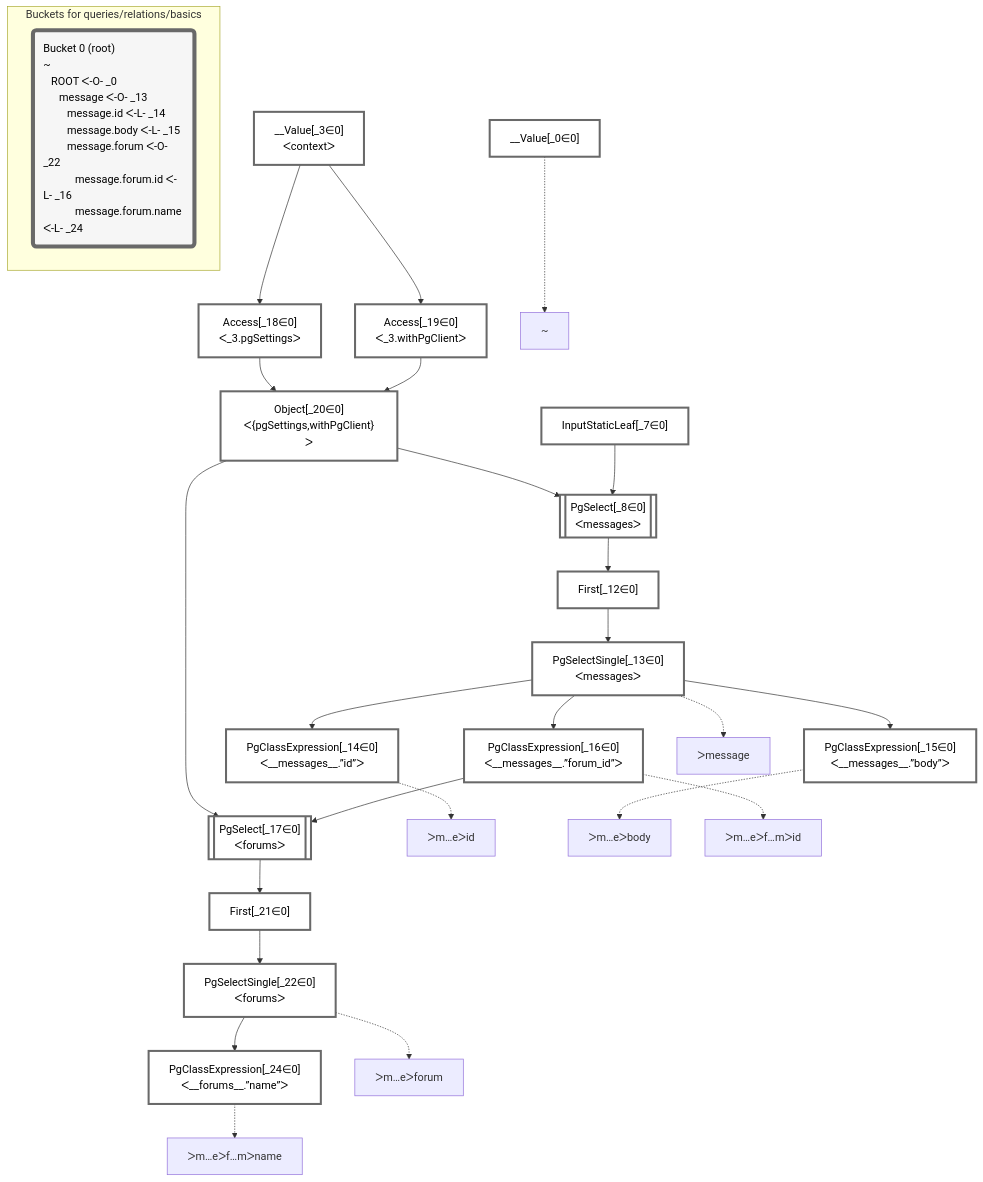
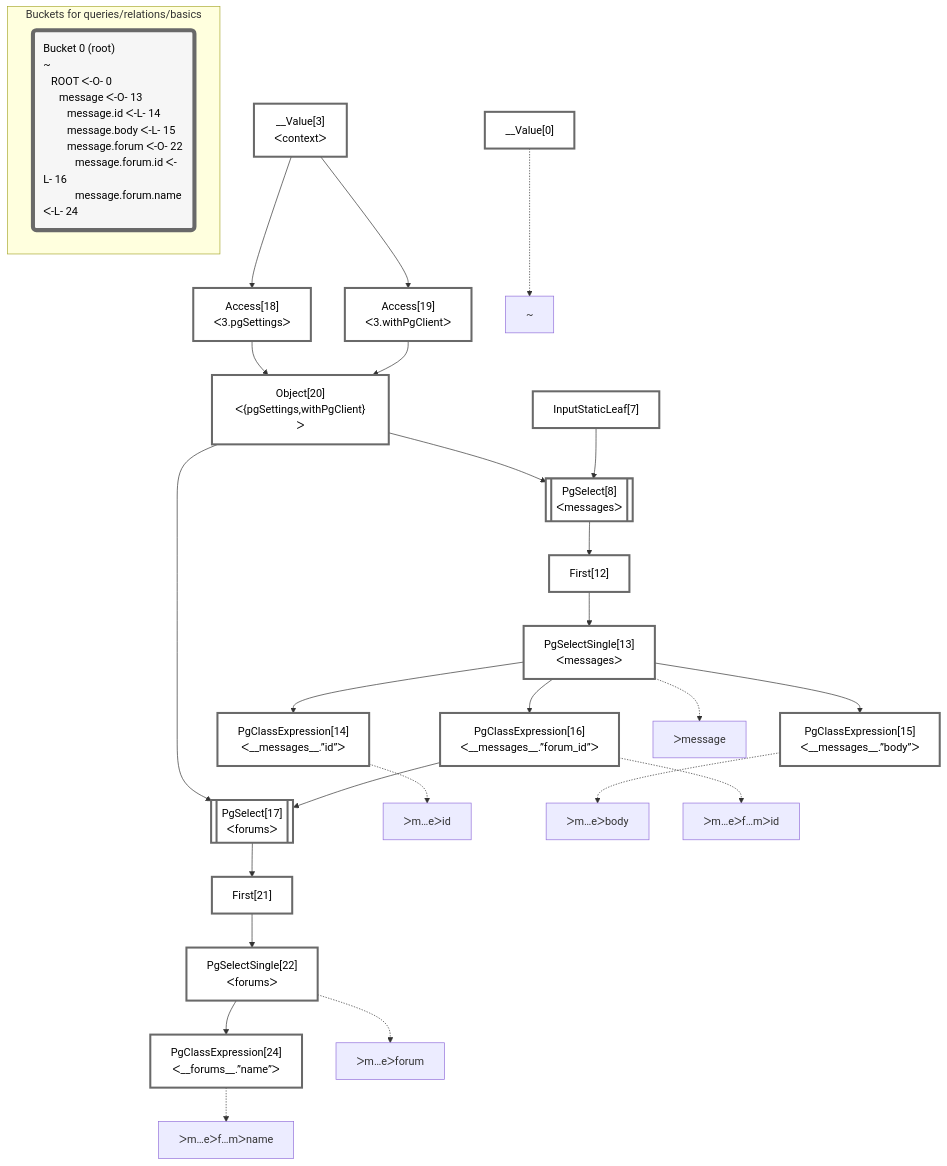
The diagram in packages/dataplan-pg/__tests__/queries/relations/basics.deopt.mermaid.md (graphile/crystal), drawn with Mermaid before and after one commit. The commit also changed 195 other files, not shown here.

````diff
--- a/packages/dataplan-pg/__tests__/queries/relations/basics.deopt.mermaid.md
+++ b/packages/dataplan-pg/__tests__/queries/relations/basics.deopt.mermaid.md
@@ -1,64 +1,64 @@
 ```mermaid
 graph TD
     classDef path fill:#eee,stroke:#000,color:#000
     classDef plan fill:#fff,stroke-width:3px,color:#000
     classDef itemplan fill:#fff,stroke-width:6px,color:#000
     classDef sideeffectplan fill:#f00,stroke-width:6px,color:#000
     classDef bucket fill:#f6f6f6,color:#000,stroke-width:6px,text-align:left
 
 
     %% define plans
-    __Value_0["__Value[_0∈0]"]:::plan
-    PgClassExpression_14["PgClassExpression[_14∈0]<br />ᐸ__messages__.”id”ᐳ"]:::plan
-    PgClassExpression_15["PgClassExpression[_15∈0]<br />ᐸ__messages__.”body”ᐳ"]:::plan
-    PgClassExpression_24["PgClassExpression[_24∈0]<br />ᐸ__forums__.”name”ᐳ"]:::plan
-    PgSelectSingle_22["PgSelectSingle[_22∈0]<br />ᐸforumsᐳ"]:::plan
-    First_21["First[_21∈0]"]:::plan
-    PgSelect_17[["PgSelect[_17∈0]<br />ᐸforumsᐳ"]]:::plan
-    PgClassExpression_16["PgClassExpression[_16∈0]<br />ᐸ__messages__.”forum_id”ᐳ"]:::plan
-    PgSelectSingle_13["PgSelectSingle[_13∈0]<br />ᐸmessagesᐳ"]:::plan
-    First_12["First[_12∈0]"]:::plan
-    PgSelect_8[["PgSelect[_8∈0]<br />ᐸmessagesᐳ"]]:::plan
-    Object_20["Object[_20∈0]<br />ᐸ{pgSettings,withPgClient}ᐳ"]:::plan
-    Access_18["Access[_18∈0]<br />ᐸ_3.pgSettingsᐳ"]:::plan
-    Access_19["Access[_19∈0]<br />ᐸ_3.withPgClientᐳ"]:::plan
-    __Value_3["__Value[_3∈0]<br />ᐸcontextᐳ"]:::plan
-    InputStaticLeaf_7["InputStaticLeaf[_7∈0]"]:::plan
+    __Value0["__Value[0]"]:::plan
+    PgClassExpression14["PgClassExpression[14]<br />ᐸ__messages__.”id”ᐳ"]:::plan
+    PgClassExpression15["PgClassExpression[15]<br />ᐸ__messages__.”body”ᐳ"]:::plan
+    PgClassExpression24["PgClassExpression[24]<br />ᐸ__forums__.”name”ᐳ"]:::plan
+    PgSelectSingle22["PgSelectSingle[22]<br />ᐸforumsᐳ"]:::plan
+    First21["First[21]"]:::plan
+    PgSelect17[["PgSelect[17]<br />ᐸforumsᐳ"]]:::plan
+    PgClassExpression16["PgClassExpression[16]<br />ᐸ__messages__.”forum_id”ᐳ"]:::plan
+    PgSelectSingle13["PgSelectSingle[13]<br />ᐸmessagesᐳ"]:::plan
+    First12["First[12]"]:::plan
+    PgSelect8[["PgSelect[8]<br />ᐸmessagesᐳ"]]:::plan
+    Object20["Object[20]<br />ᐸ{pgSettings,withPgClient}ᐳ"]:::plan
+    Access18["Access[18]<br />ᐸ3.pgSettingsᐳ"]:::plan
+    Access19["Access[19]<br />ᐸ3.withPgClientᐳ"]:::plan
+    __Value3["__Value[3]<br />ᐸcontextᐳ"]:::plan
+    InputStaticLeaf7["InputStaticLeaf[7]"]:::plan
 
     %% plan dependencies
-    PgSelectSingle_13 --> PgClassExpression_14
-    PgSelectSingle_13 --> PgClassExpression_15
-    PgSelectSingle_22 --> PgClassExpression_24
-    First_21 --> PgSelectSingle_22
-    PgSelect_17 --> First_21
-    Object_20 & PgClassExpression_16 --> PgSelect_17
-    PgSelectSingle_13 --> PgClassExpression_16
-    First_12 --> PgSelectSingle_13
-    PgSelect_8 --> First_12
-    Object_20 & InputStaticLeaf_7 --> PgSelect_8
-    Access_18 & Access_19 --> Object_20
-    __Value_3 --> Access_18
-    __Value_3 --> Access_19
+    PgSelectSingle13 --> PgClassExpression14
+    PgSelectSingle13 --> PgClassExpression15
+    PgSelectSingle22 --> PgClassExpression24
+    First21 --> PgSelectSingle22
+    PgSelect17 --> First21
+    Object20 & PgClassExpression16 --> PgSelect17
+    PgSelectSingle13 --> PgClassExpression16
+    First12 --> PgSelectSingle13
+    PgSelect8 --> First12
+    Object20 & InputStaticLeaf7 --> PgSelect8
+    Access18 & Access19 --> Object20
+    __Value3 --> Access18
+    __Value3 --> Access19
 
     %% plan-to-path relationships
-    P_0["~"]
-    __Value_0 -.-> P_0
-    P_13["ᐳmessage"]
-    PgSelectSingle_13 -.-> P_13
-    P_14["ᐳm…eᐳid"]
-    PgClassExpression_14 -.-> P_14
-    P_15["ᐳm…eᐳbody"]
-    PgClassExpression_15 -.-> P_15
-    P_16["ᐳm…eᐳf…mᐳid"]
-    PgClassExpression_16 -.-> P_16
-    P_22["ᐳm…eᐳforum"]
-    PgSelectSingle_22 -.-> P_22
-    P_24["ᐳm…eᐳf…mᐳname"]
-    PgClassExpression_24 -.-> P_24
+    P0["~"]
+    __Value0 -.-> P0
+    P13["ᐳmessage"]
+    PgSelectSingle13 -.-> P13
+    P14["ᐳm…eᐳid"]
+    PgClassExpression14 -.-> P14
+    P15["ᐳm…eᐳbody"]
+    PgClassExpression15 -.-> P15
+    P16["ᐳm…eᐳf…mᐳid"]
+    PgClassExpression16 -.-> P16
+    P22["ᐳm…eᐳforum"]
+    PgSelectSingle22 -.-> P22
+    P24["ᐳm…eᐳf…mᐳname"]
+    PgClassExpression24 -.-> P24
 
     subgraph "Buckets for queries/relations/basics"
-    Bucket0("Bucket 0 (root)<br />~<br />⠀ROOT ᐸ-O- _0<br />⠀⠀message ᐸ-O- _13<br />⠀⠀⠀message.id ᐸ-L- _14<br />⠀⠀⠀message.body ᐸ-L- _15<br />⠀⠀⠀message.forum ᐸ-O- _22<br />⠀⠀⠀⠀message.forum.id ᐸ-L- _16<br />⠀⠀⠀⠀message.forum.name ᐸ-L- _24"):::bucket
+    Bucket0("Bucket 0 (root)<br />~<br />⠀ROOT ᐸ-O- 0<br />⠀⠀message ᐸ-O- 13<br />⠀⠀⠀message.id ᐸ-L- 14<br />⠀⠀⠀message.body ᐸ-L- 15<br />⠀⠀⠀message.forum ᐸ-O- 22<br />⠀⠀⠀⠀message.forum.id ᐸ-L- 16<br />⠀⠀⠀⠀message.forum.name ᐸ-L- 24"):::bucket
     classDef bucket0 stroke:#696969
-    class Bucket0,__Value_0,__Value_3,InputStaticLeaf_7,PgSelect_8,First_12,PgSelectSingle_13,PgClassExpression_14,PgClassExpression_15,PgClassExpression_16,PgSelect_17,Access_18,Access_19,Object_20,First_21,PgSelectSingle_22,PgClassExpression_24 bucket0
+    class Bucket0,__Value0,__Value3,InputStaticLeaf7,PgSelect8,First12,PgSelectSingle13,PgClassExpression14,PgClassExpression15,PgClassExpression16,PgSelect17,Access18,Access19,Object20,First21,PgSelectSingle22,PgClassExpression24 bucket0
     end
 ```
````
